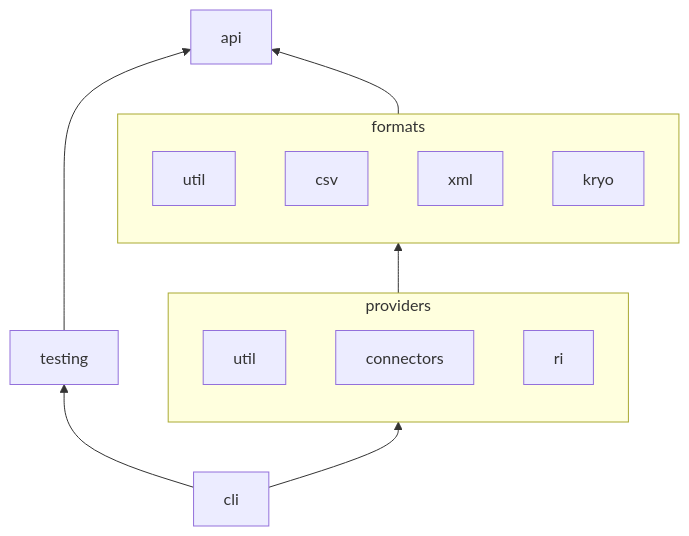
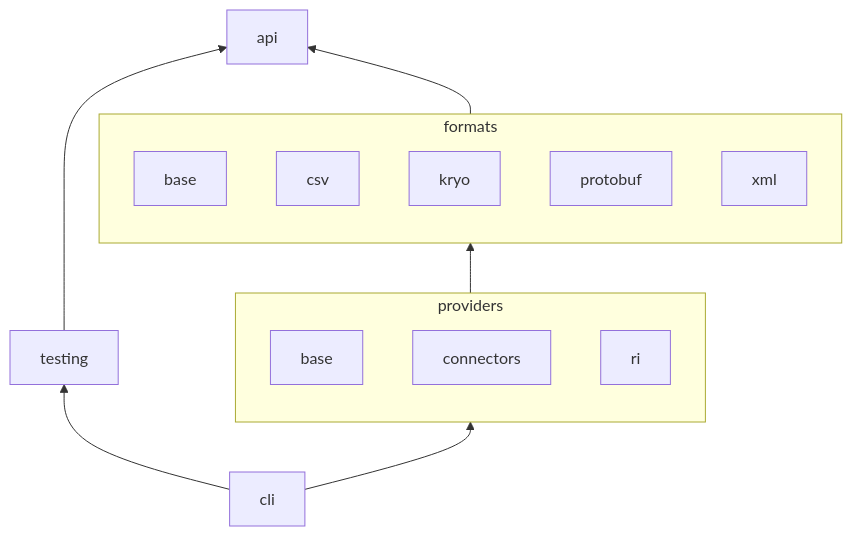
Before and after one commit to nbbrd/sdmx-dl: the diagram in docs/content/api/_index.md, drawn with Mermaid. The commit also changed 103 other files, not shown here.

Commit message:
Rename modules sdmx-dl-format-util and sdmx-dl-provider-util

````diff
--- a/docs/content/api/_index.md
+++ b/docs/content/api/_index.md
@@ -10,22 +10,23 @@
 ```mermaid
 flowchart BT
     api
     subgraph formats
-        format-util[util]
+        format-base[base]
         csv
+        kryo
+        protobuf
         xml
-        kryo
     end
     subgraph providers
-        provider-util[util]
+        provider-base[base]
         connectors
         ri
     end
     testing
     cli
 
     formats --> api
     providers --> formats
     testing ---> api
     cli --> providers & testing
 ```
````
